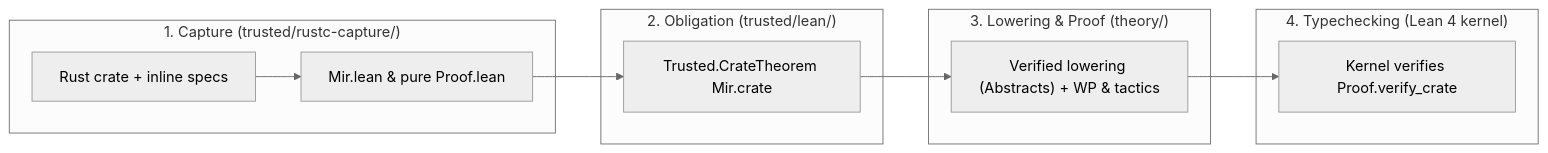
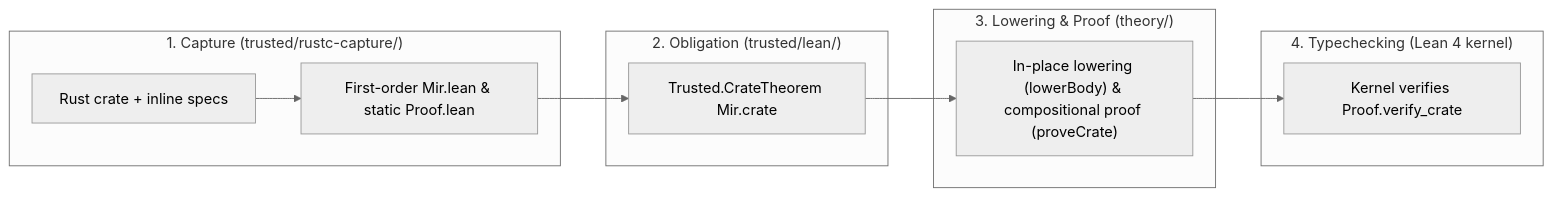
The diagram in docs/design.md (joshlf/anneal), drawn with Mermaid (neutral theme) before and after one commit. The commit also changed other lines of this file and 2 other files, not shown here.

First line of the commit message:
[docs] Update three-stage MIR pipeline design

````diff
--- a/docs/design.md
+++ b/docs/design.md
@@ -65,15 +65,15 @@
 ```mermaid
 flowchart LR
     subgraph Rust ["1. Capture (trusted/rustc-capture/)"]
-        SRC["Rust crate + inline specs"] --> MIR["Mir.lean & pure Proof.lean"]
+        SRC["Rust crate + inline specs"] --> MIR["First-order Mir.lean & static Proof.lean"]
     end
     subgraph TCB ["2. Obligation (trusted/lean/)"]
         MIR --> THM["Trusted.CrateTheorem Mir.crate"]
     end
     subgraph Theory ["3. Lowering & Proof (theory/)"]
-        THM --> PASS["Verified lowering (Abstracts) + WP & tactics"]
+        THM --> PASS["In-place lowering (lowerBody) & compositional proof (proveCrate)"]
     end
     subgraph Kernel ["4. Typechecking (Lean 4 kernel)"]
         PASS --> CHECK["Kernel verifies Proof.verify_crate"]
     end
 ```
````
